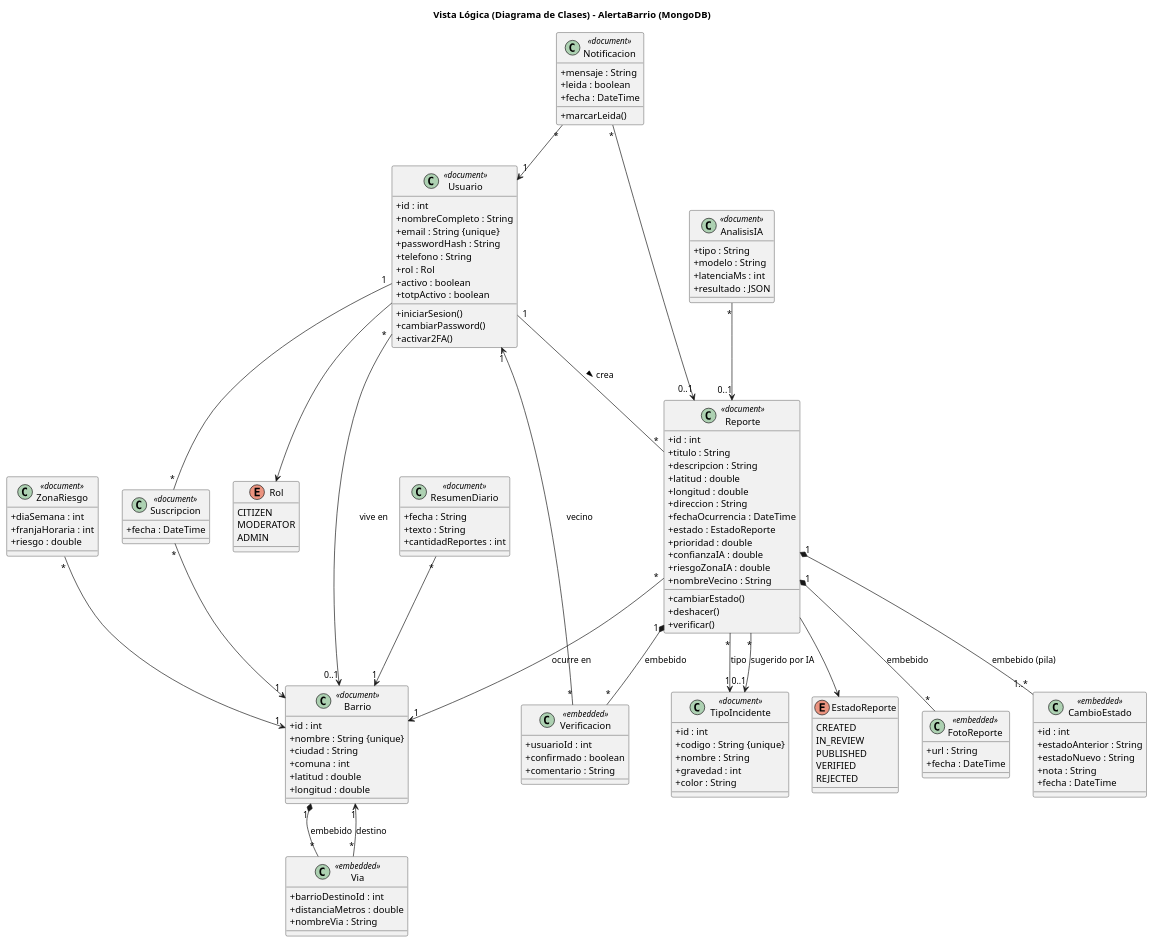
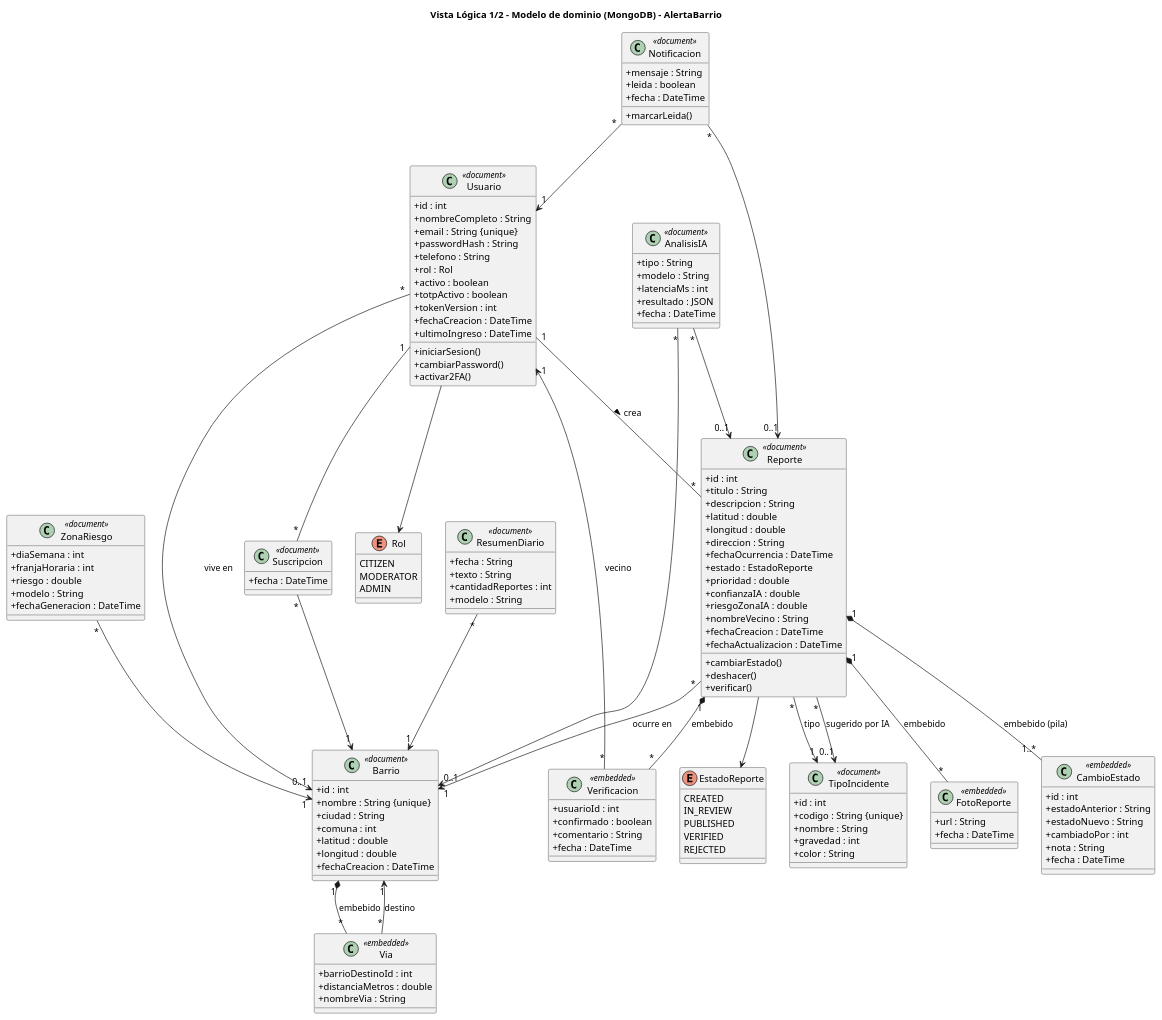
One commit to neber18/AlertaBarrio-Diseno-de-Software changed the diagram in docs/diagramas/3_vista_logica.puml. Above: the diagram before and after it, drawn with PlantUML. The commit also changed 12 other files, not shown here.

```diff
--- a/docs/diagramas/3_vista_logica.puml
+++ b/docs/diagramas/3_vista_logica.puml
@@ -1,129 +1,142 @@
 @startuml Vista_Logica_AlertaBarrio
-title Vista Lógica (Diagrama de Clases) - AlertaBarrio (MongoDB)
+title Vista Lógica 1/2 - Modelo de dominio (MongoDB) - AlertaBarrio
 skinparam classAttributeIconSize 0
 
 class Usuario <<document>> {
   +id : int
   +nombreCompleto : String
   +email : String {unique}
   +passwordHash : String
   +telefono : String
   +rol : Rol
   +activo : boolean
   +totpActivo : boolean
+  +tokenVersion : int
+  +fechaCreacion : DateTime
+  +ultimoIngreso : DateTime
   +iniciarSesion()
   +cambiarPassword()
   +activar2FA()
 }
 enum Rol {
   CITIZEN
   MODERATOR
   ADMIN
 }
 class Barrio <<document>> {
   +id : int
   +nombre : String {unique}
   +ciudad : String
   +comuna : int
   +latitud : double
   +longitud : double
+  +fechaCreacion : DateTime
 }
 class Via <<embedded>> {
   +barrioDestinoId : int
   +distanciaMetros : double
   +nombreVia : String
 }
 class TipoIncidente <<document>> {
   +id : int
   +codigo : String {unique}
   +nombre : String
   +gravedad : int
   +color : String
 }
 class Reporte <<document>> {
   +id : int
   +titulo : String
   +descripcion : String
   +latitud : double
   +longitud : double
   +direccion : String
   +fechaOcurrencia : DateTime
   +estado : EstadoReporte
   +prioridad : double
   +confianzaIA : double
   +riesgoZonaIA : double
   +nombreVecino : String
+  +fechaCreacion : DateTime
+  +fechaActualizacion : DateTime
   +cambiarEstado()
   +deshacer()
   +verificar()
 }
 enum EstadoReporte {
   CREATED
   IN_REVIEW
   PUBLISHED
   VERIFIED
   REJECTED
 }
 class FotoReporte <<embedded>> {
   +url : String
   +fecha : DateTime
 }
 class CambioEstado <<embedded>> {
   +id : int
   +estadoAnterior : String
   +estadoNuevo : String
+  +cambiadoPor : int
   +nota : String
   +fecha : DateTime
 }
 class Verificacion <<embedded>> {
   +usuarioId : int
   +confirmado : boolean
   +comentario : String
+  +fecha : DateTime
 }
 class Suscripcion <<document>> {
   +fecha : DateTime
 }
 class Notificacion <<document>> {
   +mensaje : String
   +leida : boolean
   +fecha : DateTime
   +marcarLeida()
 }
 class AnalisisIA <<document>> {
   +tipo : String
   +modelo : String
   +latenciaMs : int
   +resultado : JSON
+  +fecha : DateTime
 }
 class ResumenDiario <<document>> {
   +fecha : String
   +texto : String
   +cantidadReportes : int
+  +modelo : String
 }
 class ZonaRiesgo <<document>> {
   +diaSemana : int
   +franjaHoraria : int
   +riesgo : double
+  +modelo : String
+  +fechaGeneracion : DateTime
 }
 
 Usuario --> Rol
 Usuario "*" --> "0..1" Barrio : vive en
 Usuario "1" -- "*" Reporte : crea >
 Reporte "*" --> "1" Barrio : ocurre en
 Reporte "*" --> "1" TipoIncidente : tipo
 Reporte "*" --> "0..1" TipoIncidente : sugerido por IA
 Reporte --> EstadoReporte
 Reporte "1" *-- "*" FotoReporte : embebido
 Reporte "1" *-- "1..*" CambioEstado : embebido (pila)
 Reporte "1" *-- "*" Verificacion : embebido
 Verificacion "*" --> "1" Usuario : vecino
 Barrio "1" *-- "*" Via : embebido
 Via "*" --> "1" Barrio : destino
 Usuario "1" -- "*" Suscripcion
 Suscripcion "*" --> "1" Barrio
 Notificacion "*" --> "1" Usuario
 Notificacion "*" --> "0..1" Reporte
 ResumenDiario "*" --> "1" Barrio
 ZonaRiesgo "*" --> "1" Barrio
 AnalisisIA "*" --> "0..1" Reporte
+AnalisisIA "*" --> "0..1" Barrio
 @enduml
```
